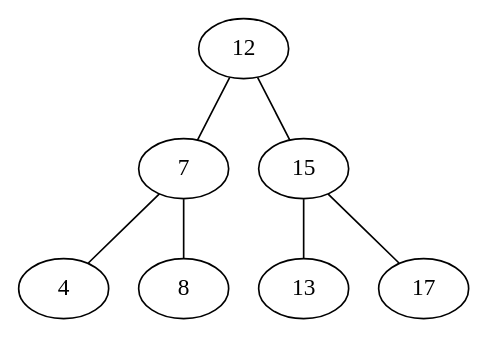
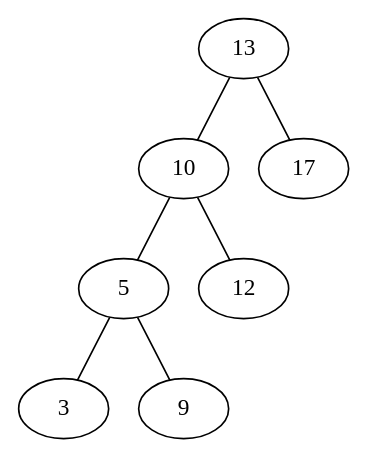
Before and after one commit to patrickToca/gotree: the diagram in tree/avlviz/avl18.dot, drawn with Graphviz. The commit also changed 9 other files, not shown here.

```diff
--- a/tree/avlviz/avl18.dot
+++ b/tree/avlviz/avl18.dot
@@ -1,8 +1,8 @@
 graph tree {
-	12 -- 7
-	12 -- 15
-	7 -- 4
-	7 -- 8
-	15 -- 13
-	15 -- 17
+	13 -- 10
+	13 -- 17
+	10 -- 5
+	10 -- 12
+	5 -- 3
+	5 -- 9
 }
```
